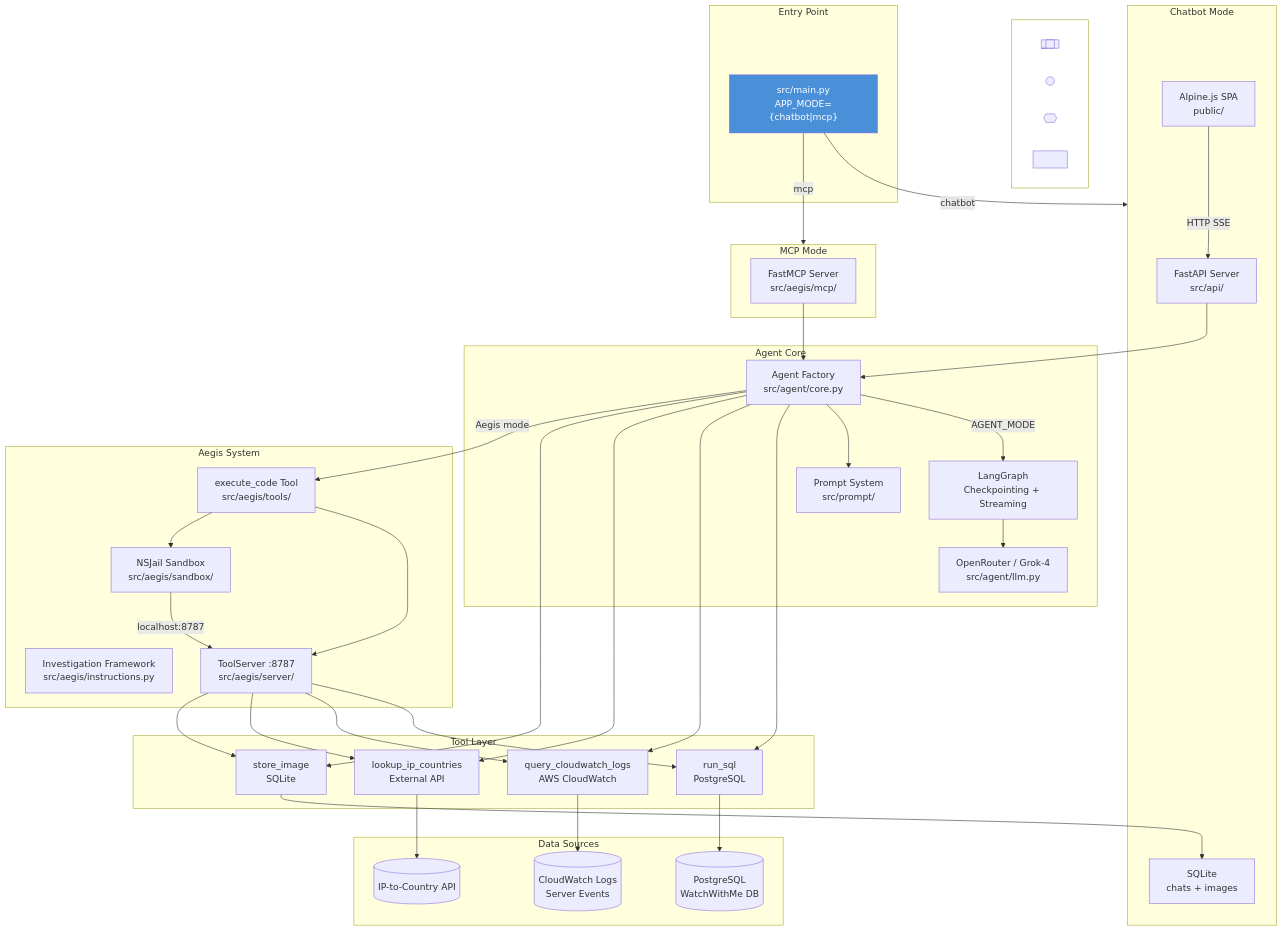
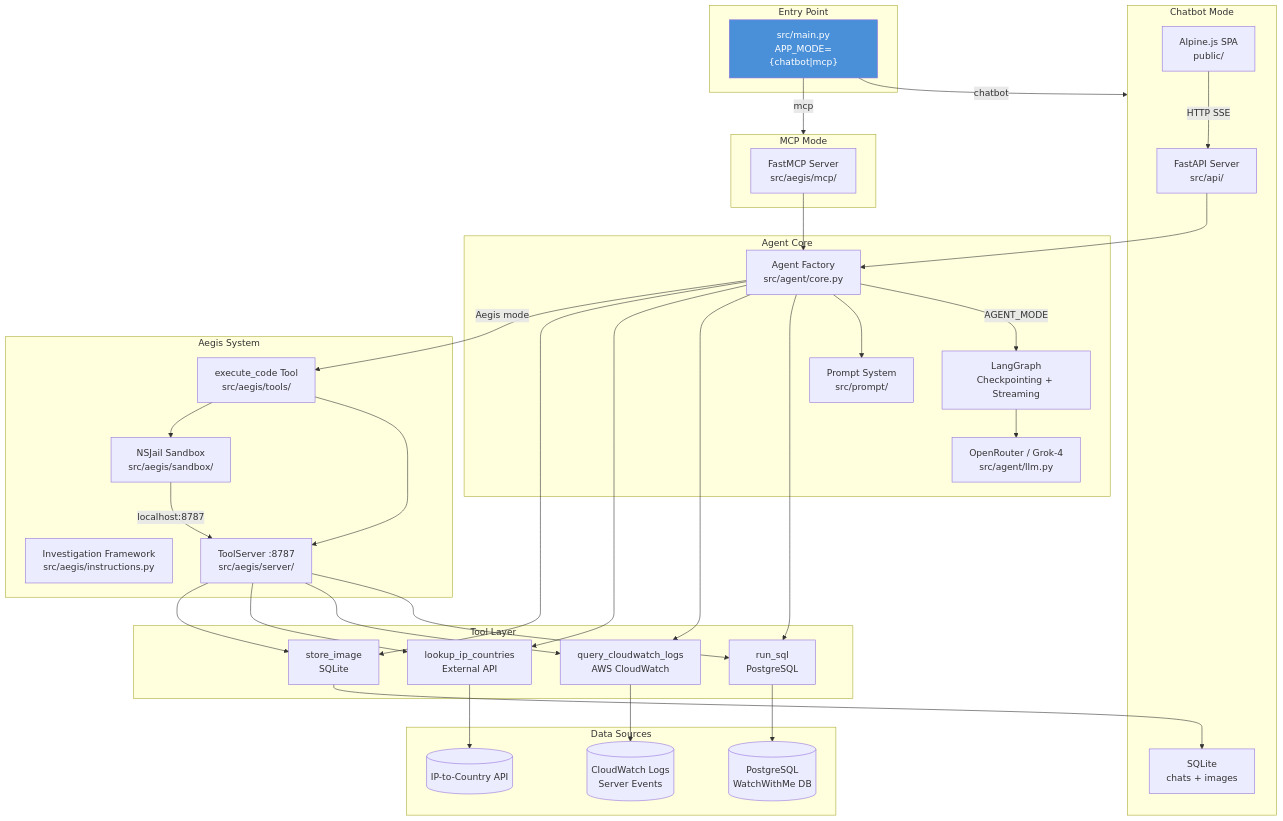
The diagram in docs-projects/aegis/docs/overview.md (thelonewolf123/portfolio-v2), drawn with Mermaid before and after one commit. The commit also changed other lines of this file and 56 other files, not shown here.

````diff
--- a/docs-projects/aegis/docs/overview.md
+++ b/docs-projects/aegis/docs/overview.md
@@ -9,11 +9,5 @@
 ```mermaid
 graph TB
-    subgraph legend["Legend"]
-        L1[[" "]]
-        L2((" "))
-        L3{{" "}}
-        L4[" "]
-    end
 
     subgraph Entry["Entry Point"]
         MAIN["src/main.py<br/>APP_MODE={chatbot|mcp}"]
@@ -87,5 +81,4 @@
     IMG --> DB
 
     style MAIN fill:#4a90d9,color:#fff
-    style legend fill:#fff,color:#fff
 ```
````
